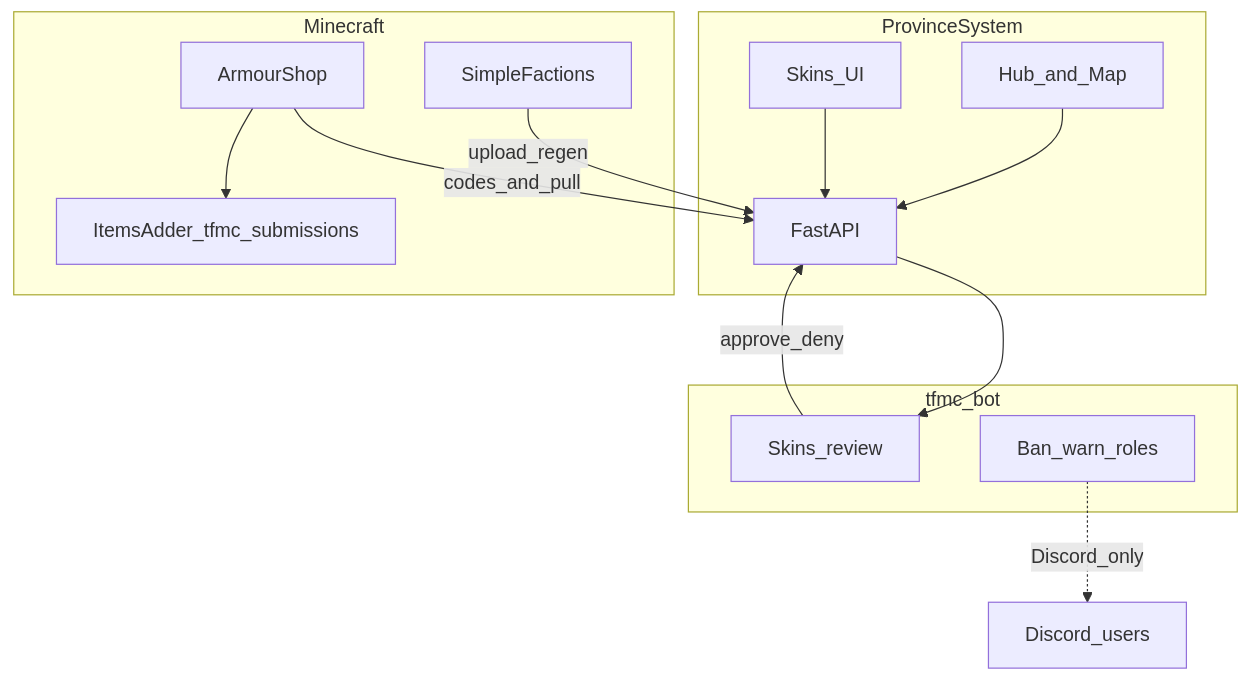
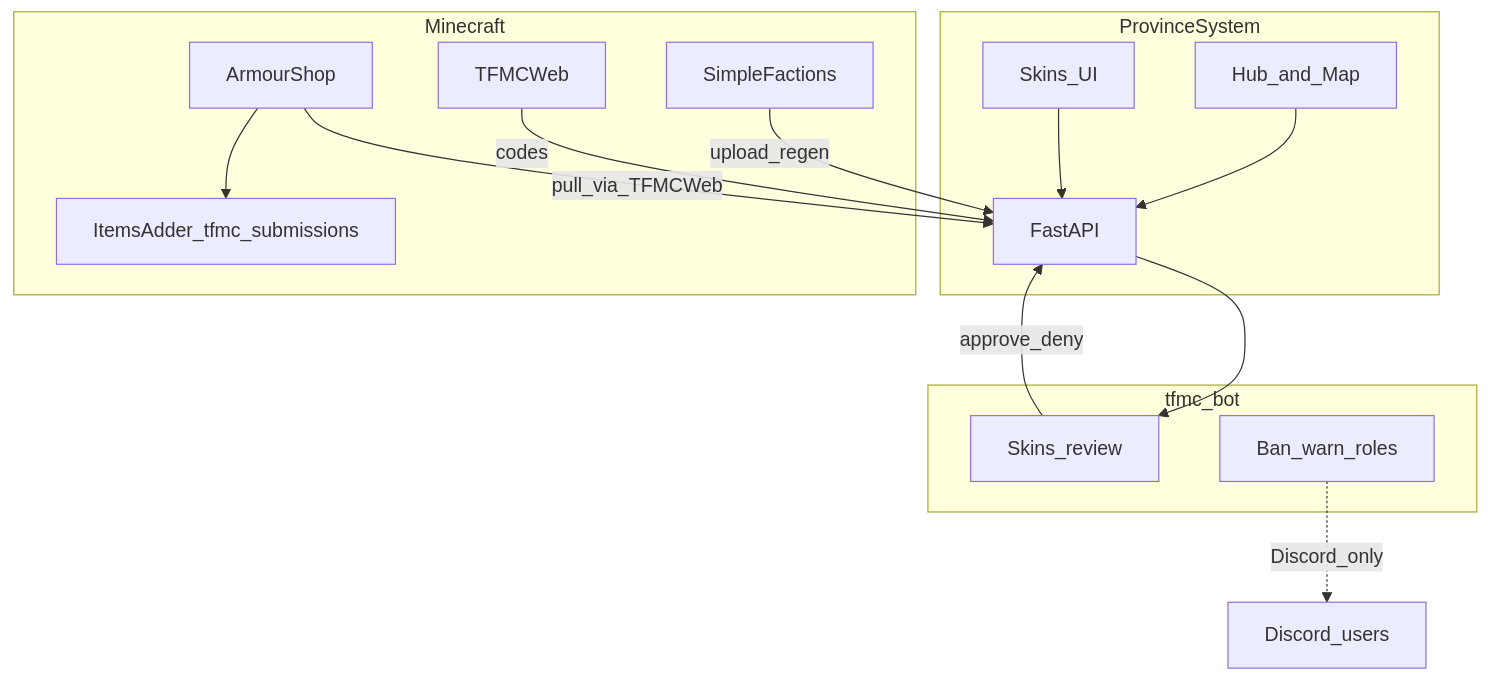
Before and after one commit to TF-Minecraft/Docs: the first of 2 diagrams in projects/ProvinceSystem/docs/flows/journeys.md, drawn with Mermaid. The commit also changed other lines of this file and 139 other files, not shown here.

````diff
--- a/projects/ProvinceSystem/docs/flows/journeys.md
+++ b/projects/ProvinceSystem/docs/flows/journeys.md
@@ -7,25 +7,27 @@
 ```mermaid
 flowchart TB
   subgraph web [ProvinceSystem]
     Hub[Hub_and_Map]
     SkinsUI[Skins_UI]
     API[FastAPI]
   end
   subgraph mc [Minecraft]
     SF[SimpleFactions]
+    TW[TFMCWeb]
     AS[ArmourShop]
     IA[ItemsAdder_tfmc_submissions]
   end
   subgraph disc [tfmc_bot]
     SkinsCog[Skins_review]
     BanCog[Ban_warn_roles]
   end
   SF -->|upload_regen| API
   Hub --> API
   SkinsUI --> API
-  AS -->|codes_and_pull| API
+  TW -->|codes| API
+  AS -->|pull_via_TFMCWeb| API
   API --> SkinsCog
   SkinsCog -->|approve_deny| API
   AS --> IA
   BanCog -.->|Discord_only| PlayersDisc[Discord_users]
 ```
````
